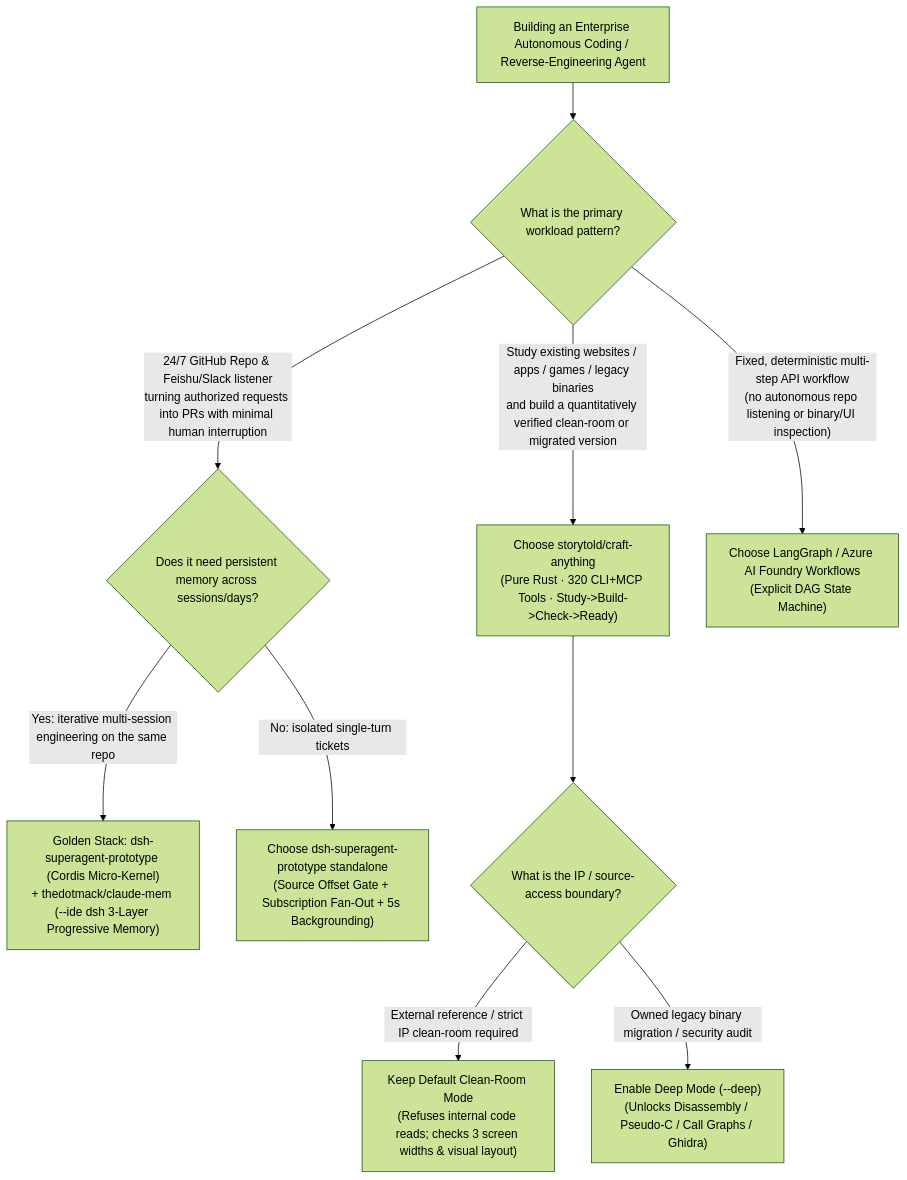
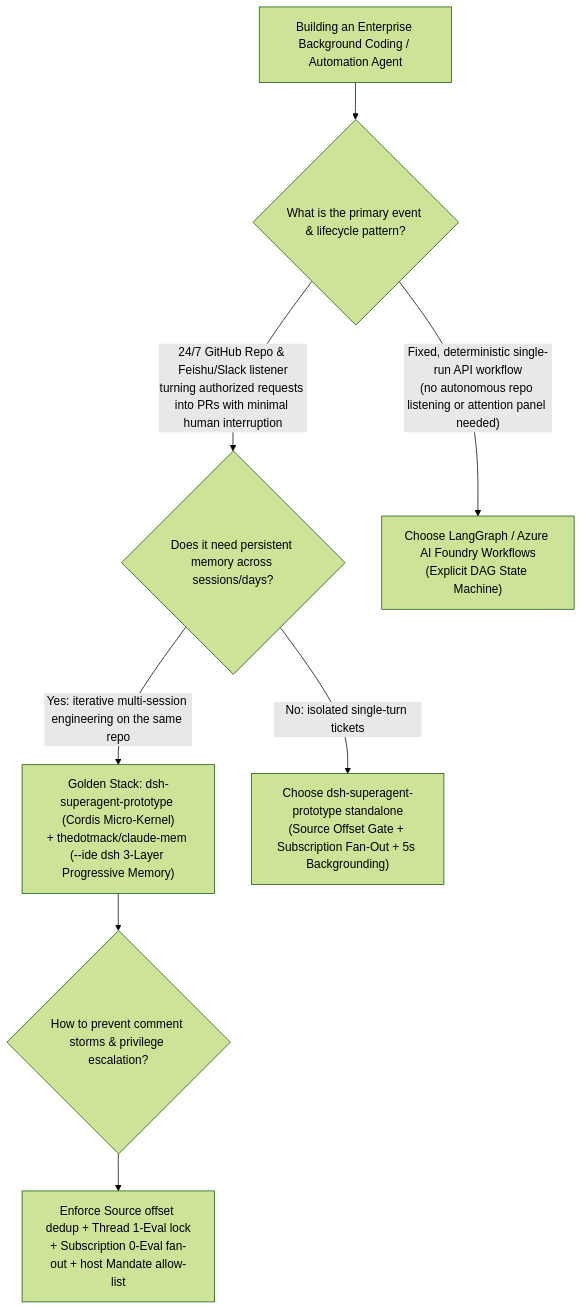
Before and after one commit to turbo998/ai-research-public: the first of 2 diagrams in workshops/github-trending-radar/docs/superagent-microkernel-memory-vs-langgraph-selection-faq.en.md, drawn with Mermaid (forest theme). The commit also changed other lines of this file and 13 other files, not shown here.

Commit message:
feat(github-radar): decouple Round 8 Craft-Anything Pure-Rust Probe Selection FAQ and enforce single-decision FAQ architecture

````diff
--- a/workshops/github-trending-radar/docs/superagent-microkernel-memory-vs-langgraph-selection-faq.en.md
+++ b/workshops/github-trending-radar/docs/superagent-microkernel-memory-vs-langgraph-selection-faq.en.md
@@ -74,14 +71,12 @@
 ```mermaid
 flowchart TD
-    Start["Building an Enterprise Autonomous Coding / Reverse-Engineering Agent"] --> Q1{"What is the primary workload pattern?"}
+    Start["Building an Enterprise Background Coding / Automation Agent"] --> Q1{"What is the primary event & lifecycle pattern?"}
     Q1 -- "24/7 GitHub Repo & Feishu/Slack listener<br/>turning authorized requests into PRs with minimal human interruption" --> Q2{"Does it need persistent memory across sessions/days?"}
-    Q1 -- "Study existing websites / apps / games / legacy binaries<br/>and build a quantitatively verified clean-room or migrated version" --> Craft["Choose storytold/craft-anything<br/>(Pure Rust · 320 CLI+MCP Tools · Study->Build->Check->Ready)"]
-    Q1 -- "Fixed, deterministic multi-step API workflow<br/>(no autonomous repo listening or binary/UI inspection)" --> LangGraph["Choose LangGraph / Azure AI Foundry Workflows<br/>(Explicit DAG State Machine)"]
+    Q1 -- "Fixed, deterministic single-run API workflow<br/>(no autonomous repo listening or attention panel needed)" --> LangGraph["Choose LangGraph / Azure AI Foundry Workflows<br/>(Explicit DAG State Machine)"]
 
     Q2 -- "Yes: iterative multi-session engineering on the same repo" --> SuperStack["Golden Stack: dsh-superagent-prototype (Cordis Micro-Kernel)<br/>+ thedotmack/claude-mem (--ide dsh 3-Layer Progressive Memory)"]
     Q2 -- "No: isolated single-turn tickets" --> DshOnly["Choose dsh-superagent-prototype standalone<br/>(Source Offset Gate + Subscription Fan-Out + 5s Backgrounding)"]
 
-    Craft --> Q3{"What is the IP / source-access boundary?"}
-    Q3 -- "External reference / strict IP clean-room required" --> CleanRoom["Keep Default Clean-Room Mode<br/>(Refuses internal code reads; checks 3 screen widths & visual layout)"]
-    Q3 -- "Owned legacy binary migration / security audit" --> DeepMode["Enable Deep Mode (--deep)<br/>(Unlocks Disassembly / Pseudo-C / Call Graphs / Ghidra)"]
+    SuperStack --> Q3{"How to prevent comment storms & privilege escalation?"}
+    Q3 --> Guard["Enforce Source offset dedup + Thread 1-Eval lock<br/>+ Subscription 0-Eval fan-out + host Mandate allow-list"]
 ```
````
